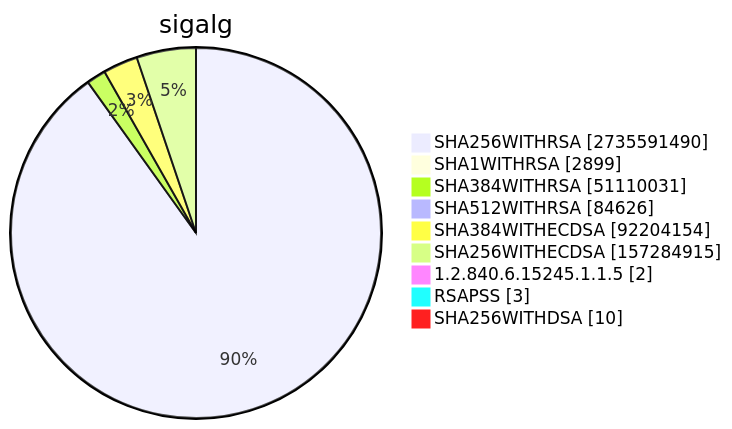
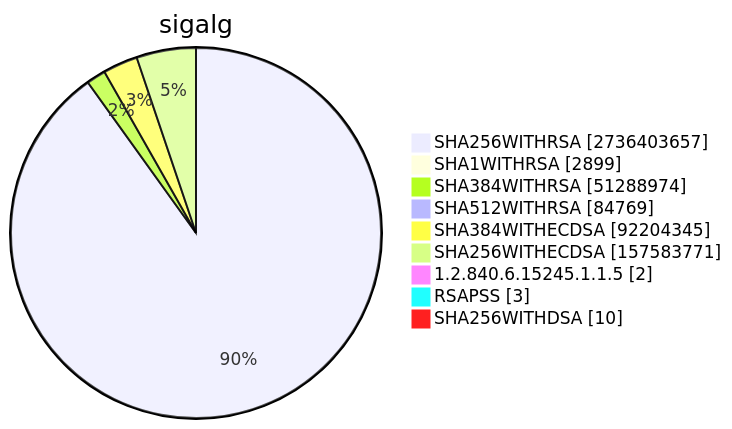
Diagram 15 of 15 in TOTAL/README.md (christiankrug/ctmonitor_visualization), drawn with Mermaid before and after one commit. The commit also changed other lines of this file, not shown here.

````diff
--- a/TOTAL/README.md
+++ b/TOTAL/README.md
@@ -6199,13 +6199,13 @@
 ```mermaid
 pie showData
 title sigalg
-"SHA256WITHRSA" :2735591490
+"SHA256WITHRSA" :2736403657
 "SHA1WITHRSA" :2899
-"SHA384WITHRSA" :51110031
-"SHA512WITHRSA" :84626
-"SHA384WITHECDSA" :92204154
-"SHA256WITHECDSA" :157284915
+"SHA384WITHRSA" :51288974
+"SHA512WITHRSA" :84769
+"SHA384WITHECDSA" :92204345
+"SHA256WITHECDSA" :157583771
 "1.2.840.6.15245.1.1.5" :2
 "RSAPSS" :3
 "SHA256WITHDSA" :10
 ```
````
